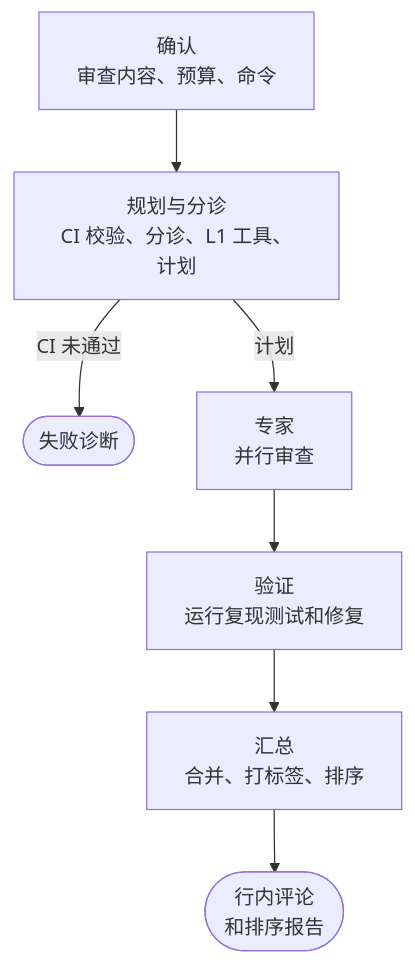
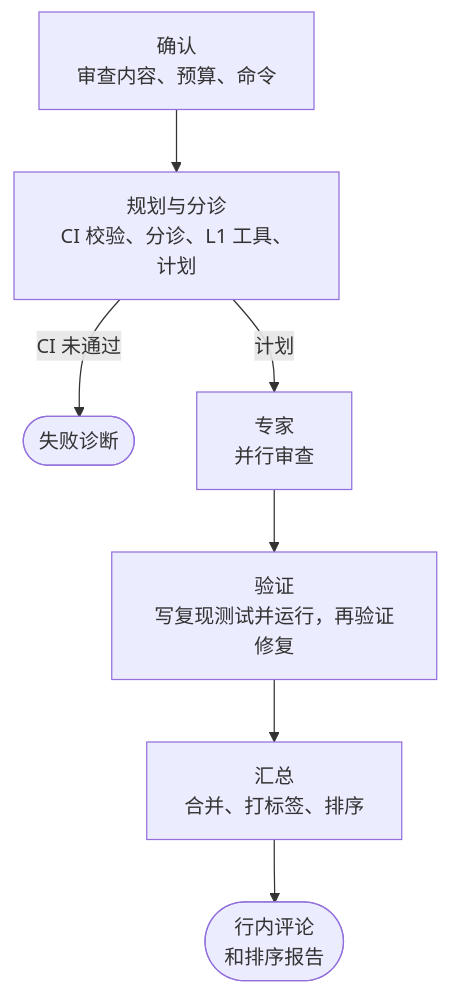
The diagram in docs/zh/REVIEW.md (Pleasurecruise/eyeful), drawn with Mermaid before and after one commit. The commit also changed other lines of this file and 86 other files, not shown here.

````diff
--- a/docs/zh/REVIEW.md
+++ b/docs/zh/REVIEW.md
@@ -5,9 +5,9 @@
 ```mermaid
 flowchart TB
     confirm["确认<br/>审查内容、预算、命令"] --> planning["规划与分诊<br/>CI 校验、分诊、L1 工具、计划"]
     planning -->|CI 未通过| diagnose(["失败诊断"])
     planning -->|计划| experts["专家<br/>并行审查"]
-    experts --> verify["验证<br/>运行复现测试和修复"]
+    experts --> verify["验证<br/>写复现测试并运行，再验证修复"]
     verify --> summarize["汇总<br/>合并、打标签、排序"]
     summarize --> feedback(["行内评论<br/>和排序报告"])
 ```
````
